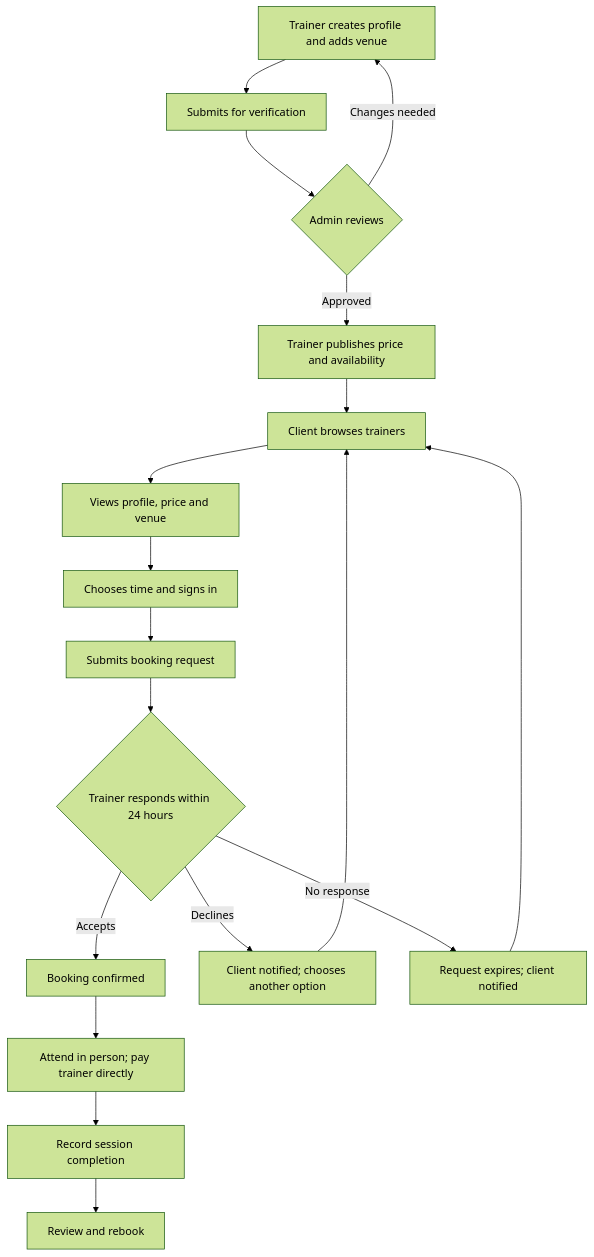
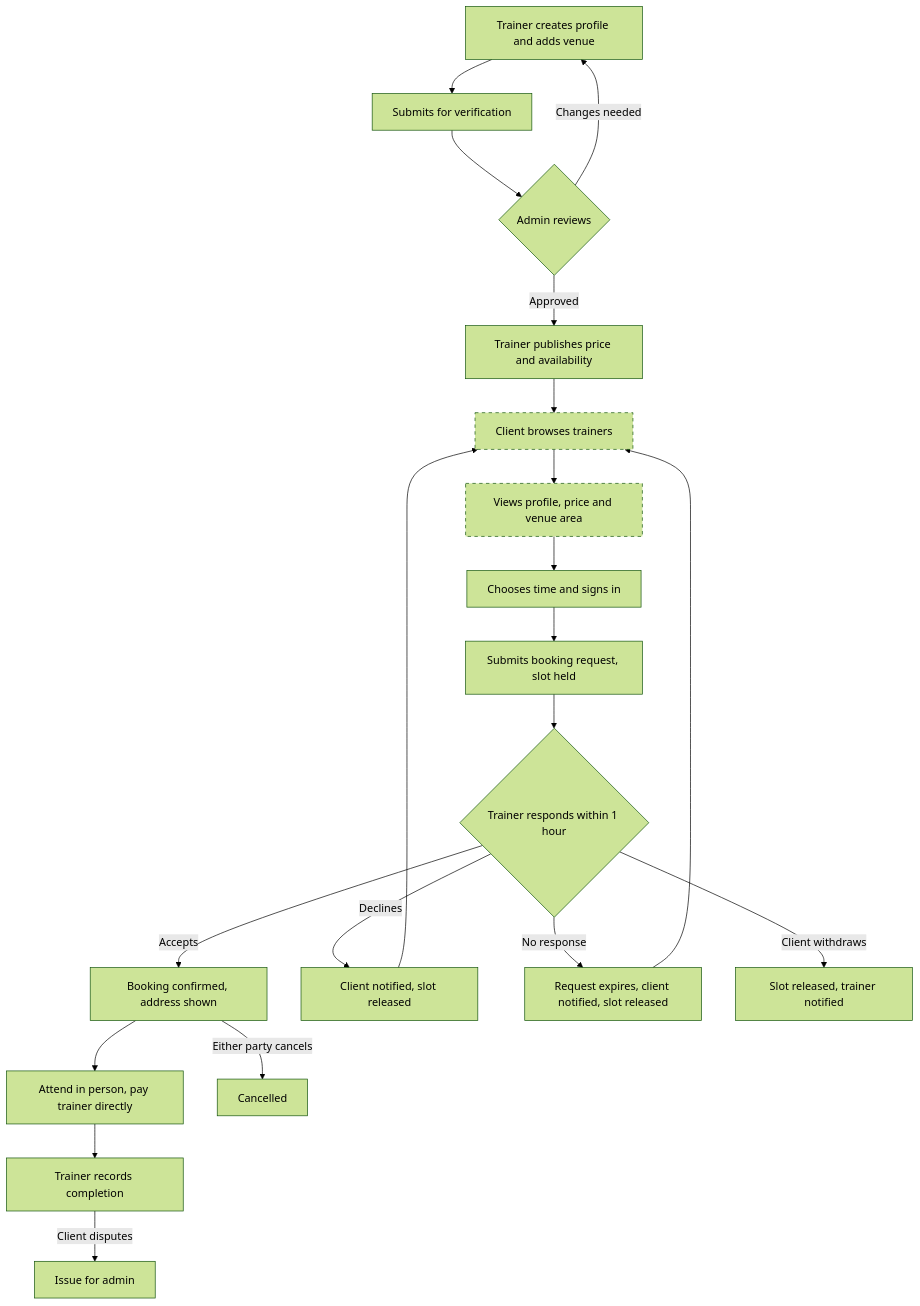
The first of 2 diagrams in docs/prd/scheduled-in-person-sessions.md (Lokis2009/fitness-connect), drawn with Mermaid (forest theme) before and after one commit. The commit also changed other lines of this file, not shown here.

First line of the commit message:
docs(repo): apply review decisions to scheduled sessions PRD

````diff
--- a/docs/prd/scheduled-in-person-sessions.md
+++ b/docs/prd/scheduled-in-person-sessions.md
@@ -40,20 +59,24 @@
 ```mermaid
 flowchart TD
     T1[Trainer creates profile and adds venue] --> T2[Submits for verification]
     T2 --> A1{Admin reviews}
     A1 -->|Changes needed| T1
     A1 -->|Approved| T3[Trainer publishes price and availability]
     T3 --> C1[Client browses trainers]
-    C1 --> C2[Views profile, price and venue]
+    C1 --> C2[Views profile, price and venue area]
     C2 --> C3[Chooses time and signs in]
-    C3 --> B1[Submits booking request]
-    B1 --> B2{Trainer responds within 24 hours}
-    B2 -->|Accepts| B3[Booking confirmed]
-    B2 -->|Declines| B4[Client notified; chooses another option]
-    B2 -->|No response| B5[Request expires; client notified]
+    C3 --> B1[Submits booking request, slot held]
+    B1 --> B2{Trainer responds within 1 hour}
+    B2 -->|Accepts| B3[Booking confirmed, address shown]
+    B2 -->|Declines| B4[Client notified, slot released]
+    B2 -->|No response| B5[Request expires, client notified, slot released]
+    B2 -->|Client withdraws| B6[Slot released, trainer notified]
     B4 --> C1
     B5 --> C1
-    B3 --> S1[Attend in person; pay trainer directly]
-    S1 --> S2[Record session completion]
-    S2 --> S3[Review and rebook]
+    B3 --> S1[Attend in person, pay trainer directly]
+    B3 -->|Either party cancels| X1[Cancelled]
+    S1 --> S2[Trainer records completion]
+    S2 -->|Client disputes| S3[Issue for admin]
+    classDef proposed stroke-dasharray: 5 5
+    class C1,C2 proposed
 ```
````
